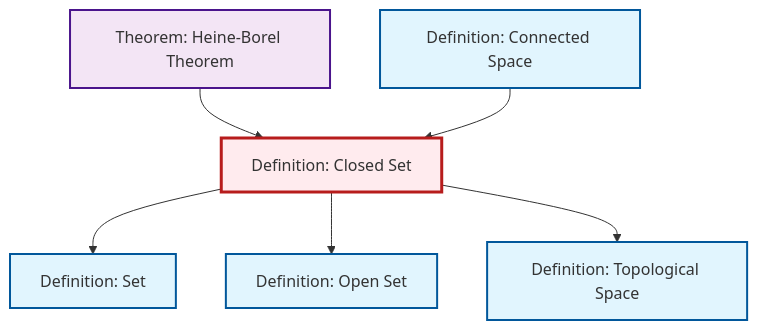
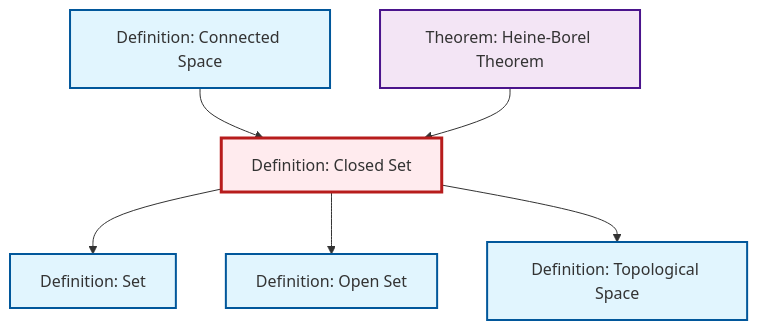
The diagram in content/en/topology/def-closed-set.qmd (RK0429/ModernMath), drawn with Mermaid before and after one commit. The commit also changed other lines of this file and 530 other files, not shown here.

````diff
--- a/content/en/topology/def-closed-set.qmd
+++ b/content/en/topology/def-closed-set.qmd
@@ -44,26 +44,26 @@
 ```{mermaid}
 %%| fig-cap: "Local dependency graph"
 graph TD
     classDef definition fill:#e1f5fe,stroke:#01579b,stroke-width:2px
     classDef theorem fill:#f3e5f5,stroke:#4a148c,stroke-width:2px
     classDef axiom fill:#fff3e0,stroke:#e65100,stroke-width:2px
     classDef example fill:#e8f5e9,stroke:#1b5e20,stroke-width:2px
     classDef current fill:#ffebee,stroke:#b71c1c,stroke-width:3px
+    def-set["Definition: Set"]:::definition
+    def-topological-space["Definition: Topological Space"]:::definition
     def-open-set["Definition: Open Set"]:::definition
-    def-set["Definition: Set"]:::definition
-    thm-heine-borel["Theorem: Heine-Borel Theorem"]:::theorem
     def-closed-set["Definition: Closed Set"]:::definition
     def-connected["Definition: Connected Space"]:::definition
-    def-topological-space["Definition: Topological Space"]:::definition
+    thm-heine-borel["Theorem: Heine-Borel Theorem"]:::theorem
+    def-closed-set --> def-set
+    def-closed-set --> def-open-set
+    def-connected --> def-closed-set
     thm-heine-borel --> def-closed-set
-    def-closed-set --> def-set
-    def-connected --> def-closed-set
-    def-closed-set --> def-open-set
     def-closed-set --> def-topological-space
     class def-closed-set current
+    click def-set "def-set.html" "Go to Set definition"
+    click def-topological-space "def-topological-space.html" "Go to Topological Space definition"
     click def-open-set "def-open-set.html" "Go to Open Set definition"
-    click def-set "def-set.html" "Go to Set definition"
+    click def-connected "def-connected.html" "Go to Connected Space definition"
     click thm-heine-borel "thm-heine-borel.html" "Go to Heine-Borel Theorem theorem"
-    click def-connected "def-connected.html" "Go to Connected Space definition"
-    click def-topological-space "def-topological-space.html" "Go to Topological Space definition"
 ```
````
